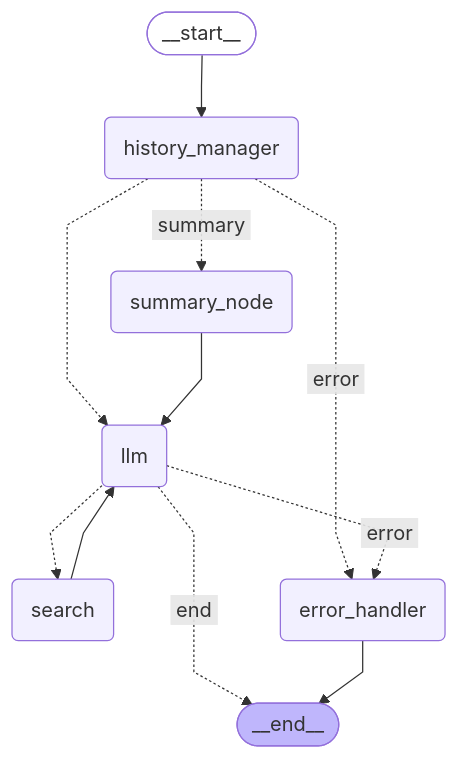
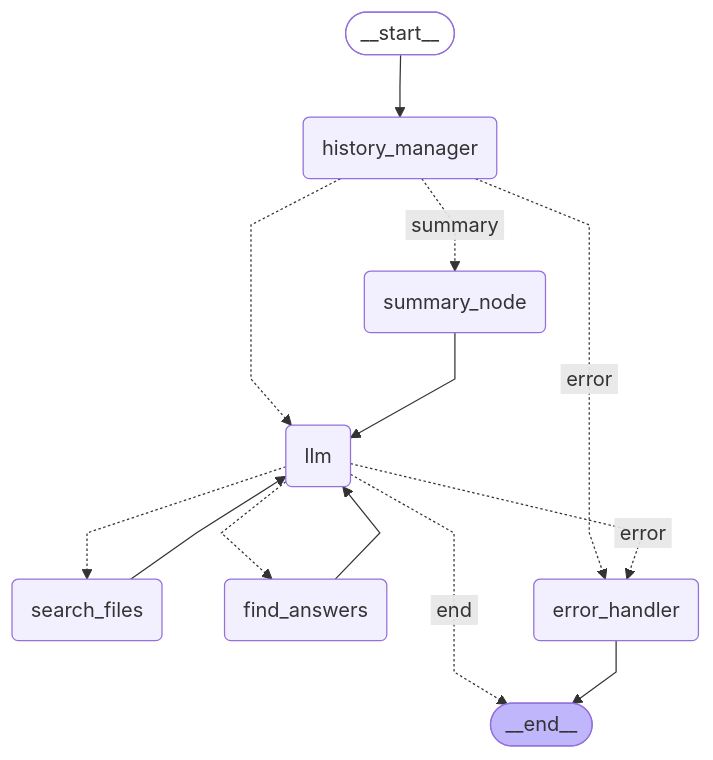
One commit to yvankondjo/SocialSyncAI changed the diagram in rag_agent_graph.mmd. Above: the diagram before and after it, drawn with Mermaid. The commit also changed 3 other files, not shown here.

Commit message:
modif: retriever and graph agent

```diff
--- a/rag_agent_graph.mmd
+++ b/rag_agent_graph.mmd
@@ -1,26 +1,29 @@
 ---
 config:
   flowchart:
     curve: linear
 ---
 graph TD;
 	__start__([<p>__start__</p>]):::first
 	history_manager(history_manager)
 	llm(llm)
-	search(search)
+	search_files(search_files)
+	find_answers(find_answers)
 	summary_node(summary_node)
 	error_handler(error_handler)
 	__end__([<p>__end__</p>]):::last
 	__start__ --> history_manager;
+	find_answers --> llm;
 	history_manager -. &nbsp;error&nbsp; .-> error_handler;
 	history_manager -.-> llm;
 	history_manager -. &nbsp;summary&nbsp; .-> summary_node;
 	llm -. &nbsp;end&nbsp; .-> __end__;
 	llm -. &nbsp;error&nbsp; .-> error_handler;
-	llm -.-> search;
-	search --> llm;
+	llm -.-> find_answers;
+	llm -.-> search_files;
+	search_files --> llm;
 	summary_node --> llm;
 	error_handler --> __end__;
 	classDef default fill:#f2f0ff,line-height:1.2
 	classDef first fill-opacity:0
 	classDef last fill:#bfb6fc
```
